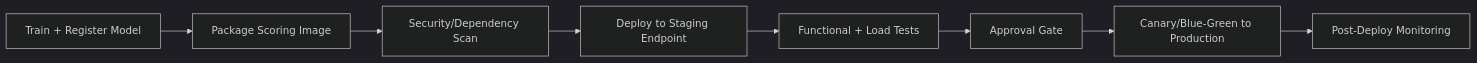
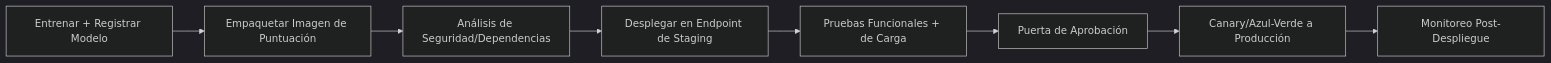
The first of 2 diagrams in i18n-es/modules/deployment.md (Cloud2BR-MSFTLearningHub/Azure-ML-Advanced), drawn with Mermaid (dark theme) before and after one commit. The commit also changed other lines of this file and 29 other files, not shown here.

````diff
--- a/i18n-es/modules/deployment.md
+++ b/i18n-es/modules/deployment.md
@@ -262,10 +258,10 @@
 ```mermaid
 flowchart LR
-  A[Train + Register Model] --> B[Package Scoring Image]
-  B --> C[Security/Dependency Scan]
-  C --> D[Deploy to Staging Endpoint]
-  D --> E[Functional + Load Tests]
-  E --> F[Approval Gate]
-  F --> G[Canary/Blue-Green to Production]
-  G --> H[Post-Deploy Monitoring]
+  A[Entrenar + Registrar Modelo] --> B[Empaquetar Imagen de Puntuación]
+  B --> C[Análisis de Seguridad/Dependencias]
+  C --> D[Desplegar en Endpoint de Staging]
+  D --> E[Pruebas Funcionales + de Carga]
+  E --> F[Puerta de Aprobación]
+  F --> G[Canary/Azul-Verde a Producción]
+  G --> H[Monitoreo Post-Despliegue]
 ```
````
